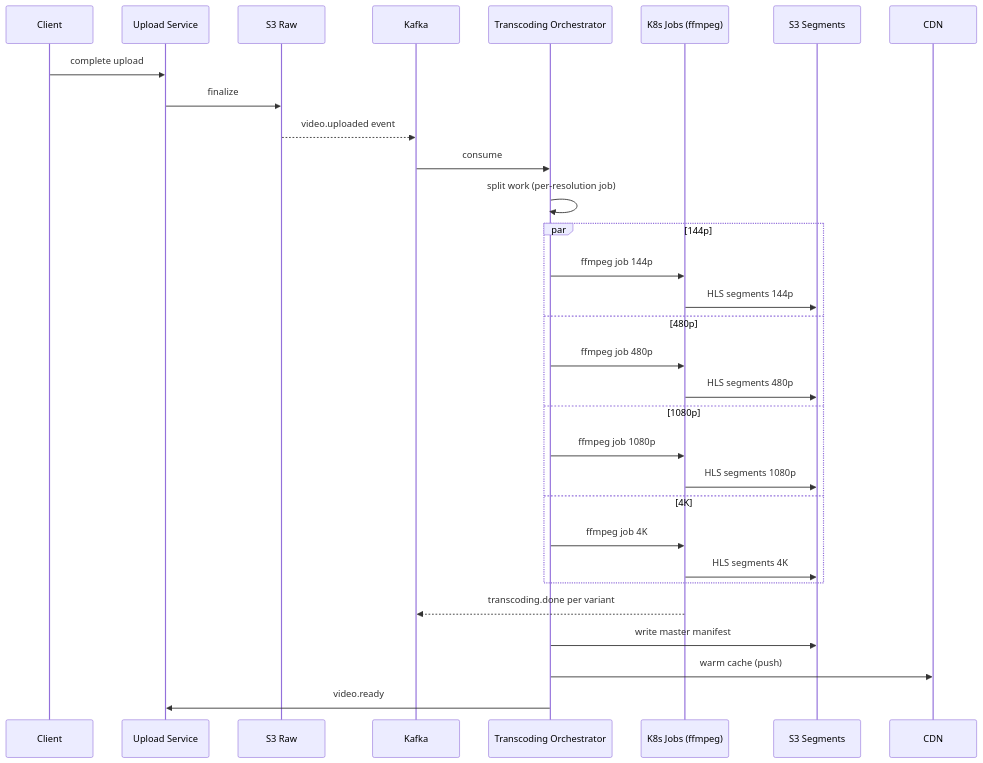
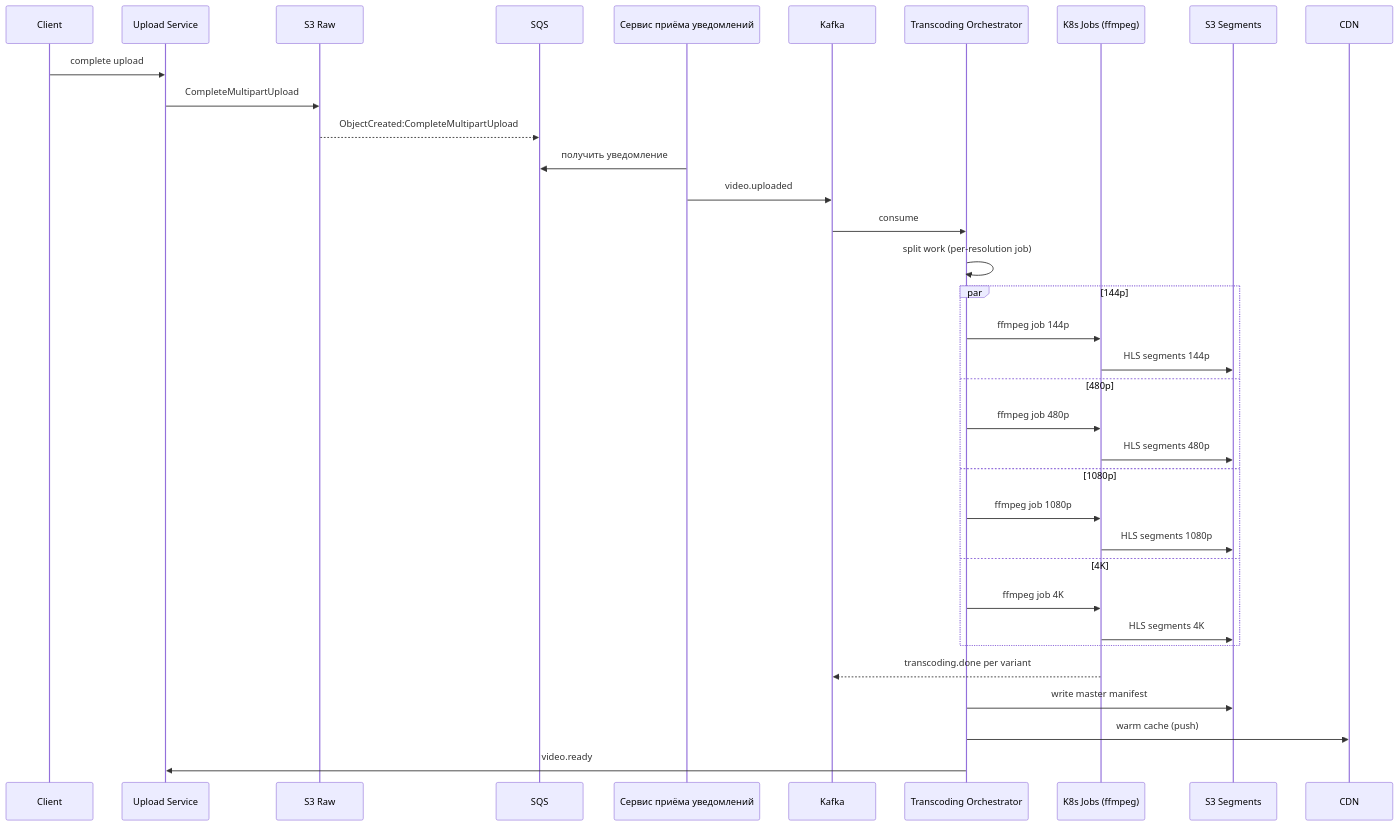
One commit to akeverus/cheat-sheet changed the second of 10 diagrams in cheatsheets/interview/system-design/design-youtube-interview.md. Above: the diagram before and after it, drawn with Mermaid. The commit also changed other lines of this file and 154 other files, not shown here.

````diff
--- a/cheatsheets/interview/system-design/design-youtube-interview.md
+++ b/cheatsheets/interview/system-design/design-youtube-interview.md
@@ -263,34 +256,38 @@
 ```mermaid
 sequenceDiagram
     participant Client
     participant Upload as Upload Service
     participant S3Raw as S3 Raw
+    participant Queue as SQS
+    participant Relay as Сервис приёма уведомлений
     participant Kafka
     participant Orch as Transcoding Orchestrator
     participant K8s as K8s Jobs (ffmpeg)
     participant S3Out as S3 Segments
     participant CDN
 
     Client->>Upload: complete upload
-    Upload->>S3Raw: finalize
-    S3Raw-->>Kafka: video.uploaded event
+    Upload->>S3Raw: CompleteMultipartUpload
+    S3Raw-->>Queue: ObjectCreated:CompleteMultipartUpload
+    Relay->>Queue: получить уведомление
+    Relay->>Kafka: video.uploaded
     Kafka->>Orch: consume
     Orch->>Orch: split work (per-resolution job)
     par 144p
         Orch->>K8s: ffmpeg job 144p
         K8s->>S3Out: HLS segments 144p
     and 480p
         Orch->>K8s: ffmpeg job 480p
         K8s->>S3Out: HLS segments 480p
     and 1080p
         Orch->>K8s: ffmpeg job 1080p
         K8s->>S3Out: HLS segments 1080p
     and 4K
         Orch->>K8s: ffmpeg job 4K
         K8s->>S3Out: HLS segments 4K
     end
     K8s-->>Kafka: transcoding.done per variant
     Orch->>S3Out: write master manifest
     Orch->>CDN: warm cache (push)
     Orch->>Upload: video.ready
 ```
````
